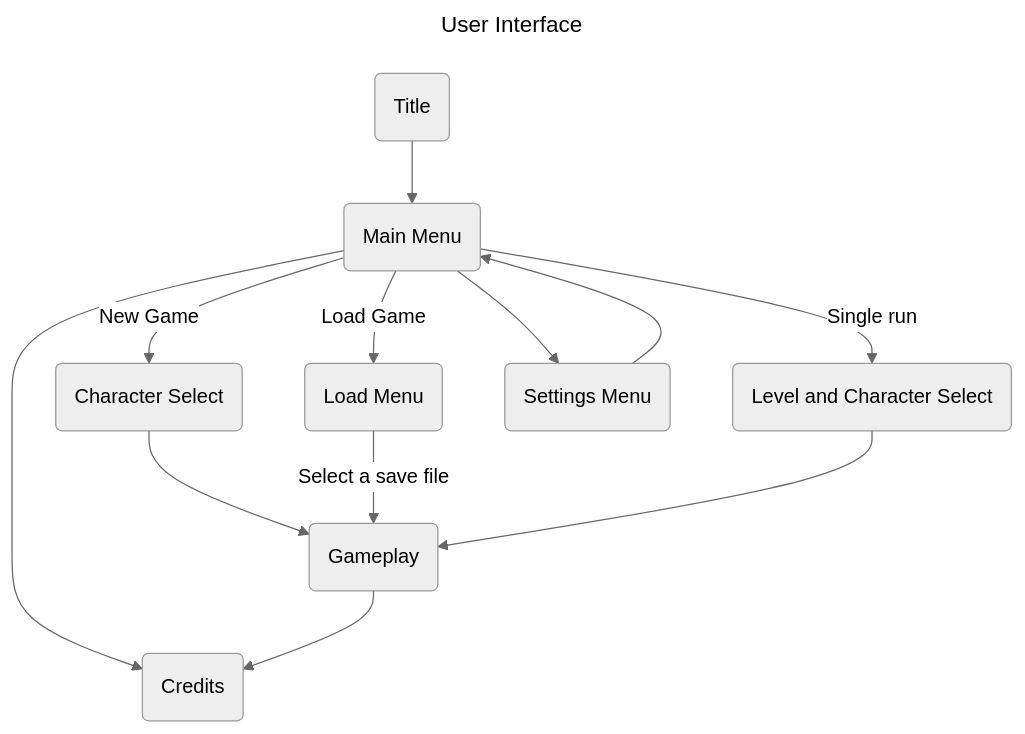
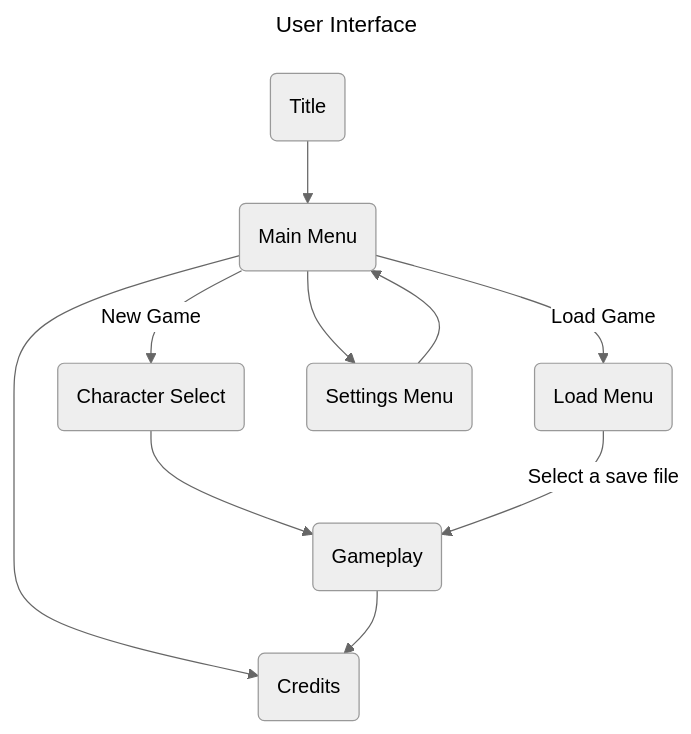
One commit to Caaz/caaz.github.io changed the diagram in github-pages/Game Design Documents/Havoc.md. Above: the diagram before and after it, drawn with Mermaid (neutral theme). The commit also changed other lines of this file and 26 other files, not shown here.

````diff
--- a/github-pages/Game Design Documents/Havoc.md
+++ b/github-pages/Game Design Documents/Havoc.md
@@ -20,31 +26,27 @@
 ```mermaid
 ---
 title: User Interface
 ---
 flowchart TB
 	title(Title)
 	main_menu(Main Menu)
 	character_select(Character Select)
-	level_select(Level and Character Select)
 	gameplay(Gameplay)
 	load_menu(Load Menu)
 	credits(Credits)
 	settings(Settings Menu)
 	
 	title --> main_menu
 	
 	main_menu -- New Game --> character_select
 	character_select --> gameplay
 	
 	main_menu -- Load Game --> load_menu
 	load_menu -- Select a save file --> gameplay
-
-	main_menu -- Single run --> level_select
-	level_select --> gameplay
 	
 	main_menu --> credits
 	gameplay --> credits
 
 	main_menu --> settings
 	settings --> main_menu
 ```
````
